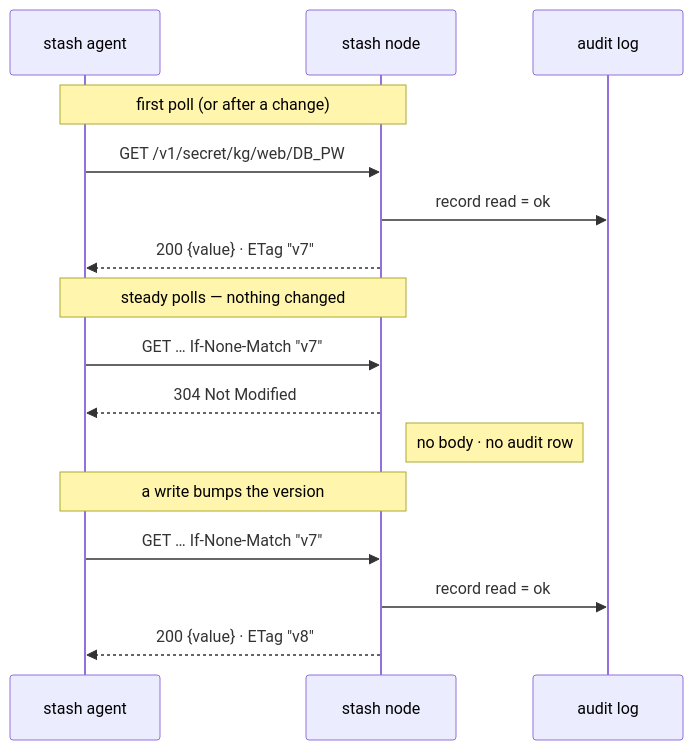
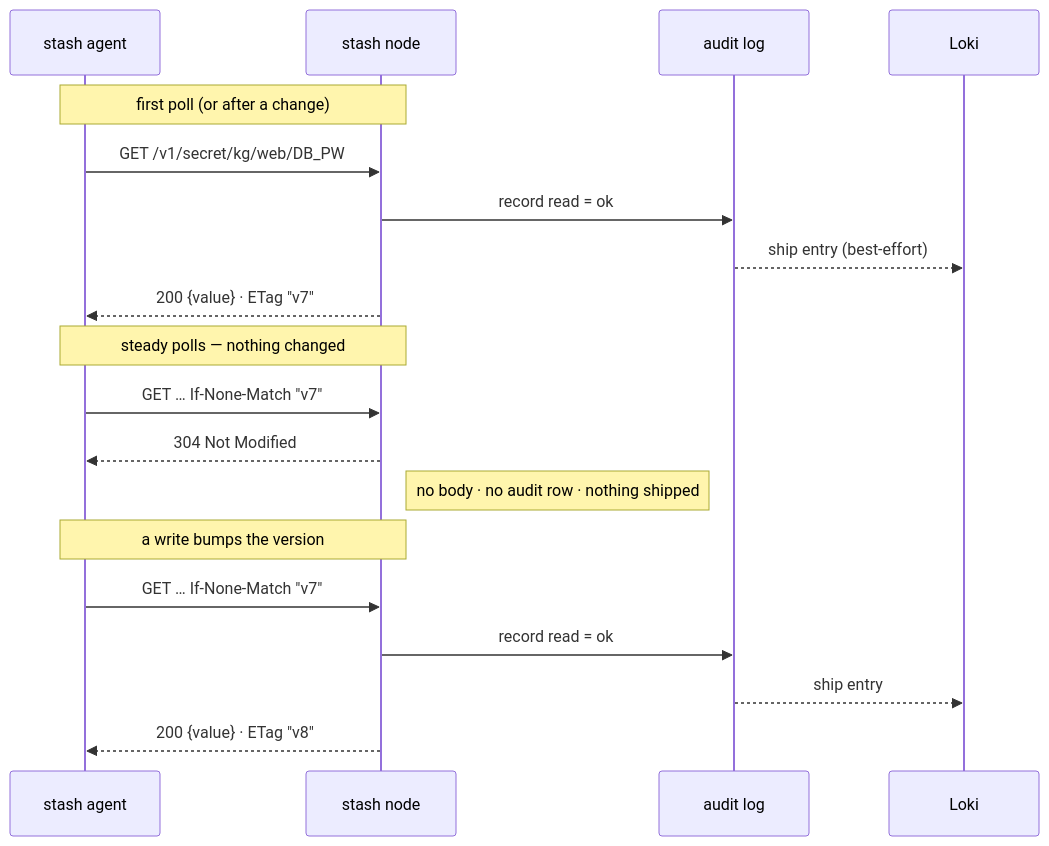
The second of 2 diagrams in README.md (jaigner-hub/stash), drawn with Mermaid before and after one commit. The commit also changed other lines of this file, not shown here.

First line of the commit message:
docs(readme): show Loki in the architecture + audit-flow diagrams

````diff
--- a/README.md
+++ b/README.md
@@ -115,21 +120,24 @@
 ```mermaid
 sequenceDiagram
     participant A as stash agent
     participant S as stash node
     participant L as audit log
+    participant K as Loki
 
     Note over A,S: first poll (or after a change)
     A->>S: GET /v1/secret/kg/web/DB_PW
     S->>L: record read = ok
+    L-->>K: ship entry (best-effort)
     S-->>A: 200 {value} · ETag "v7"
 
     Note over A,S: steady polls — nothing changed
     A->>S: GET … If-None-Match "v7"
     S-->>A: 304 Not Modified
-    Note right of S: no body · no audit row
+    Note right of S: no body · no audit row · nothing shipped
 
     Note over A,S: a write bumps the version
     A->>S: GET … If-None-Match "v7"
     S->>L: record read = ok
+    L-->>K: ship entry
     S-->>A: 200 {value} · ETag "v8"
 ```
````
